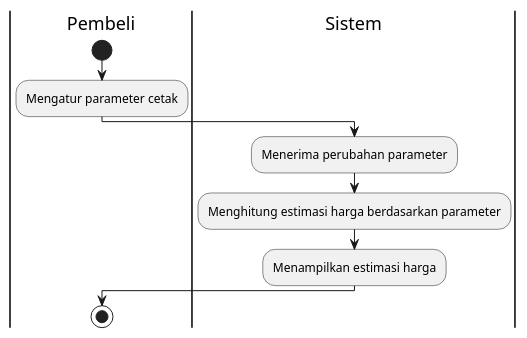
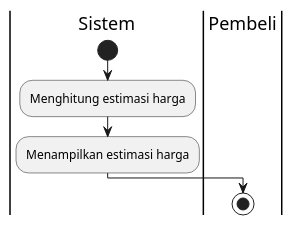
One commit to stnDinus/skpl-rkpl-diagrams changed the diagram in check_est_price_activity.puml. Above: the diagram before and after it, drawn with PlantUML. The commit also changed 1 other file, not shown here.

```diff
--- a/check_est_price_activity.puml
+++ b/check_est_price_activity.puml
@@ -1,11 +1,8 @@
 @startuml
-|Pembeli|
+|Sistem|
 start
-:Mengatur parameter cetak;
-|Sistem|
-:Menerima perubahan parameter;
-:Menghitung estimasi harga berdasarkan parameter;
+:Menghitung estimasi harga;
 :Menampilkan estimasi harga;
 |Pembeli|
 stop
 @enduml
```
